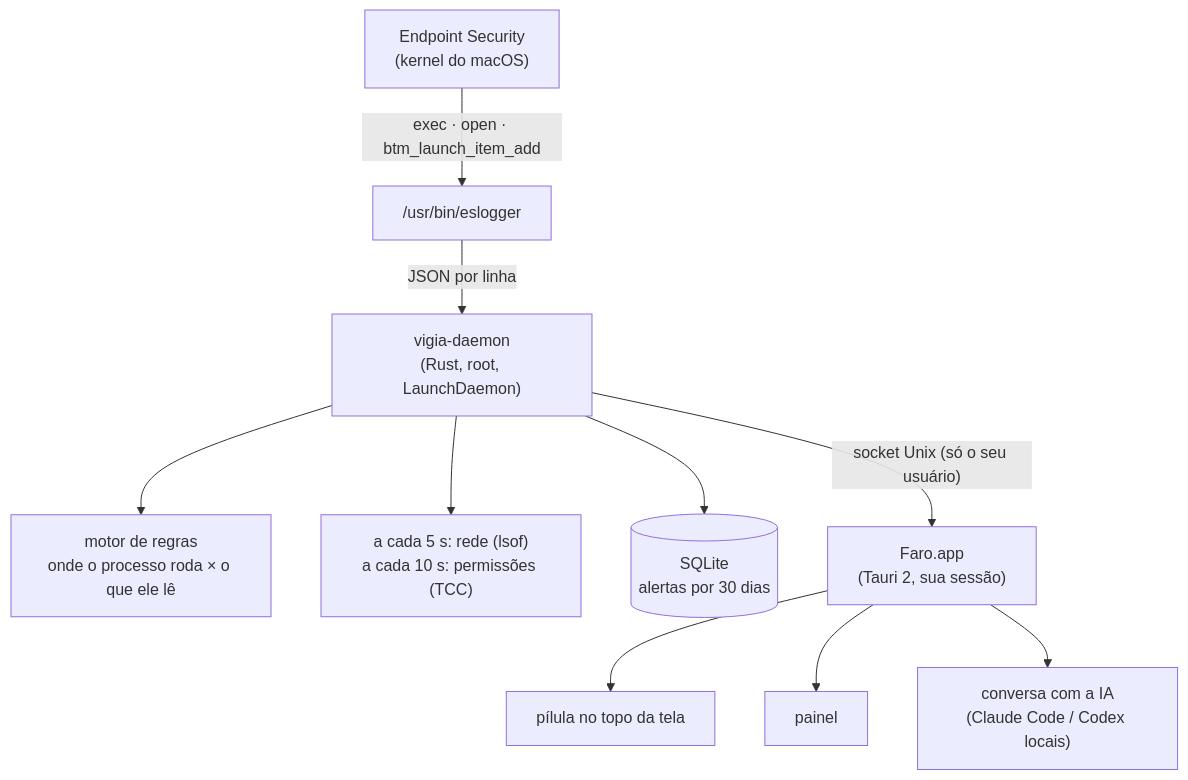
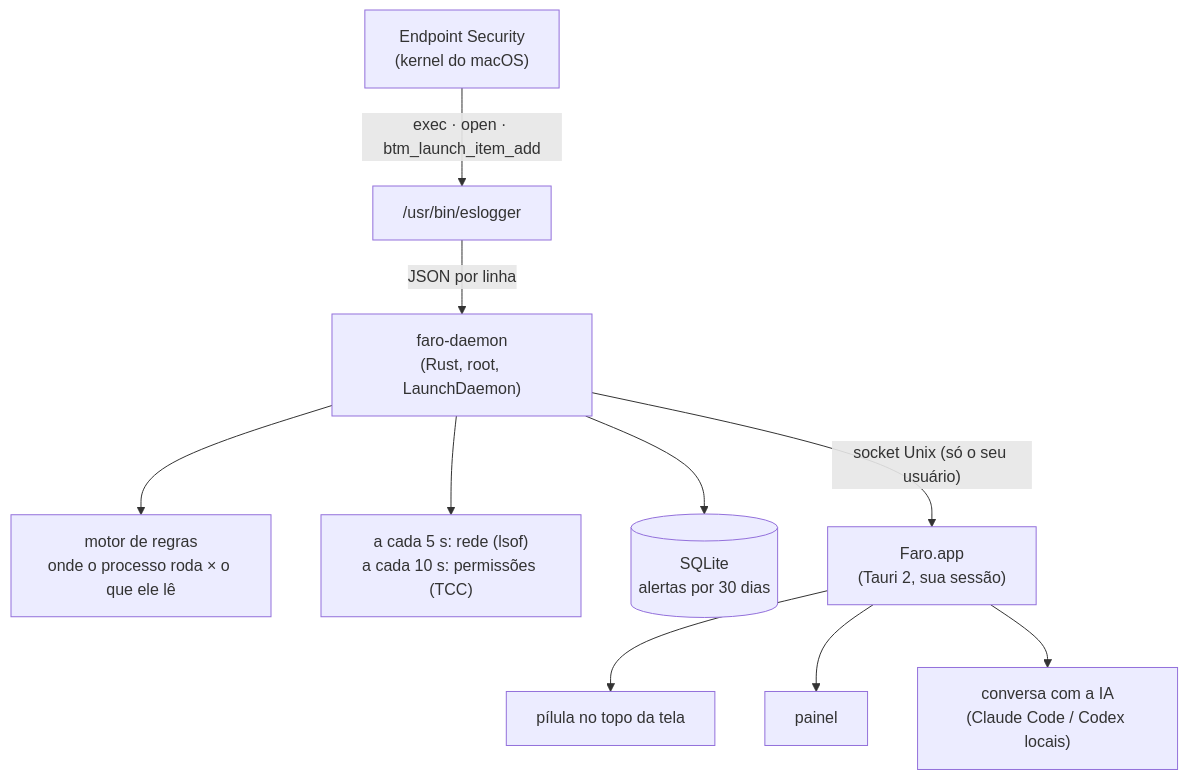
One commit to natan1506/faro changed the diagram in README.md. Above: the diagram before and after it, drawn with Mermaid. The commit also changed other lines of this file and 15 other files, not shown here.

Commit message:
fix: passo do Acesso Total ao Disco diz qual arquivo liberar; o serviço passa a ser /usr/local/faro/faro-daemon, com assinatura ad-hoc

````diff
--- a/README.md
+++ b/README.md
@@ -137,12 +137,12 @@
 ```mermaid
 flowchart TD
     K["Endpoint Security<br/>(kernel do macOS)"] -->|exec · open · btm_launch_item_add| E["/usr/bin/eslogger"]
-    E -->|JSON por linha| D["vigia-daemon<br/>(Rust, root, LaunchDaemon)"]
+    E -->|JSON por linha| D["faro-daemon<br/>(Rust, root, LaunchDaemon)"]
     D --> R["motor de regras<br/>onde o processo roda × o que ele lê"]
     D --> P["a cada 5 s: rede (lsof)<br/>a cada 10 s: permissões (TCC)"]
     D --> S[("SQLite<br/>alertas por 30 dias")]
     D -->|"socket Unix (só o seu usuário)"| A["Faro.app<br/>(Tauri 2, sua sessão)"]
     A --> N["pílula no topo da tela"]
     A --> PA["painel"]
     A --> IA["conversa com a IA<br/>(Claude Code / Codex locais)"]
 ```
````
